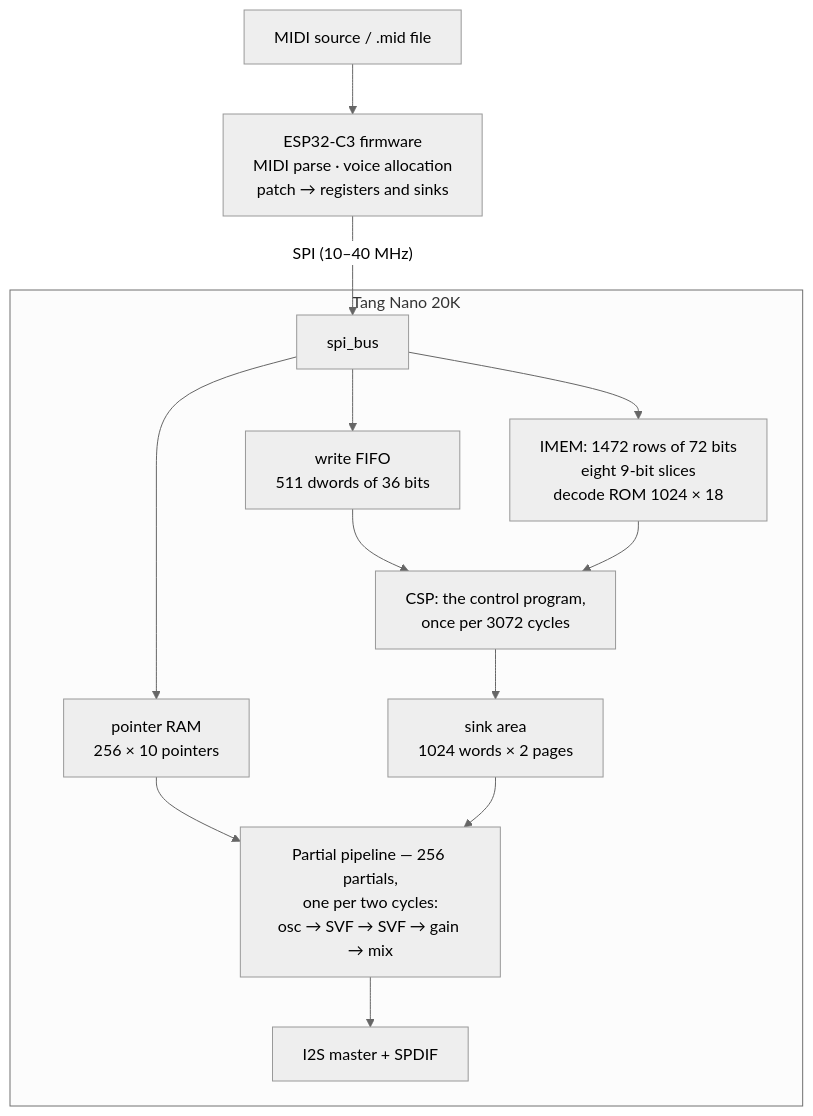
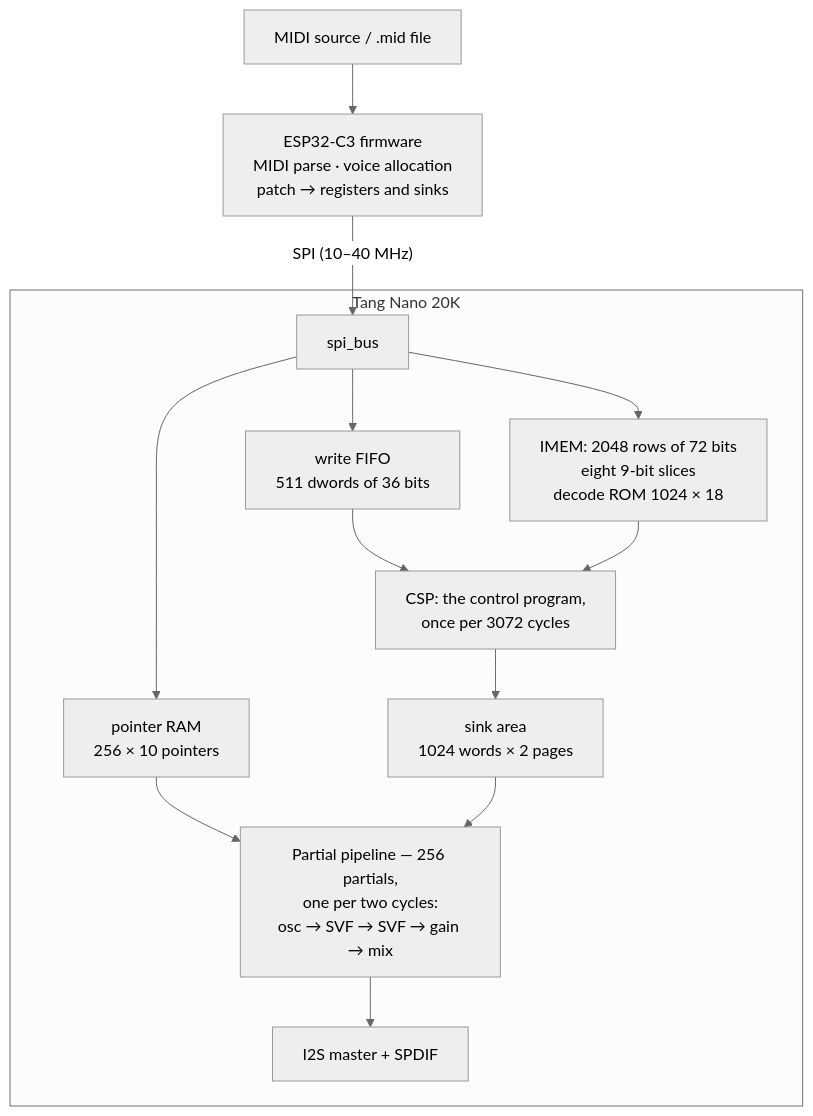
The diagram in docs/memory_map.md (Thorwegian/noaidi-fpga-synth), drawn with Mermaid (neutral theme) before and after one commit. The commit also changed other lines of this file and 17 other files, not shown here.

````diff
--- a/docs/memory_map.md
+++ b/docs/memory_map.md
@@ -38,16 +38,16 @@
 ```mermaid
 flowchart TD
     MIDI["MIDI source / .mid file"] --> ESP["ESP32-C3 firmware<br/>MIDI parse · voice allocation<br/>patch → registers and sinks"]
     ESP -- "SPI (10–40 MHz)" --> BUS["spi_bus"]
     subgraph FG["Tang Nano 20K"]
         BUS --> Q["write FIFO<br/>511 dwords of 36 bits"]
-        BUS --> PGM["IMEM: 1472 rows of 72 bits<br/>eight 9-bit slices<br/>decode ROM 1024 × 18"]
+        BUS --> PGM["IMEM: 2048 rows of 72 bits<br/>eight 9-bit slices<br/>decode ROM 1024 × 18"]
         BUS --> PTR["pointer RAM<br/>256 × 10 pointers"]
         Q --> CSP["CSP: the control program,<br/>once per 3072 cycles"]
         PGM --> CSP
         CSP --> SINKS["sink area<br/>1024 words × 2 pages"]
         PTR --> PIPE["Partial pipeline — 256 partials,<br/>one per two cycles:<br/>osc → SVF → SVF → gain → mix"]
         SINKS --> PIPE
         PIPE --> OUT["I2S master + SPDIF"]
     end
 ```
````
